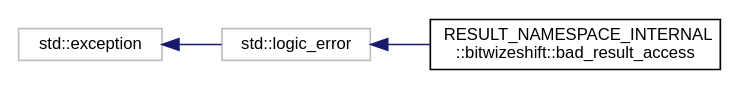
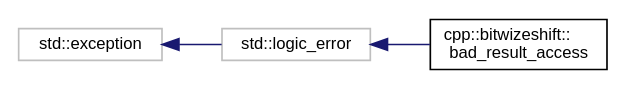
One commit to bitwizeshift/result changed the diagram in api/latest/inherit_graph_0.dot. Above: the diagram before and after it, drawn with Graphviz. The commit also changed 309 other files, not shown here.

```diff
--- a/api/latest/inherit_graph_0.dot
+++ b/api/latest/inherit_graph_0.dot
@@ -1,11 +1,11 @@
 digraph "Graphical Class Hierarchy"
 {
   edge [fontname="Helvetica",fontsize="10",labelfontname="Helvetica",labelfontsize="10"];
   node [fontname="Helvetica",fontsize="10",shape=record];
   rankdir="LR";
-  Node43 [label="std::exception",height=0.2,width=0.4,color="grey75", fillcolor="white", style="filled",tooltip="STL class. "];
-  Node43 -> Node44 [dir="back",color="midnightblue",fontsize="10",style="solid",fontname="Helvetica"];
-  Node44 [label="std::logic_error",height=0.2,width=0.4,color="grey75", fillcolor="white", style="filled",tooltip="STL class. "];
-  Node44 -> Node0 [dir="back",color="midnightblue",fontsize="10",style="solid",fontname="Helvetica"];
-  Node0 [label="RESULT_NAMESPACE_INTERNAL\l::bitwizeshift::bad_result_access",height=0.2,width=0.4,color="black", fillcolor="white", style="filled",URL="$dc/ddd/class_r_e_s_u_l_t___n_a_m_e_s_p_a_c_e___i_n_t_e_r_n_a_l_1_1bitwizeshift_1_1bad__result__access.html",tooltip="An exception thrown when result::value is accessed without a contained value. "];
+  Node13 [label="std::exception",height=0.2,width=0.4,color="grey75", fillcolor="white", style="filled",tooltip="STL class. "];
+  Node13 -> Node14 [dir="back",color="midnightblue",fontsize="10",style="solid",fontname="Helvetica"];
+  Node14 [label="std::logic_error",height=0.2,width=0.4,color="grey75", fillcolor="white", style="filled",tooltip="STL class. "];
+  Node14 -> Node0 [dir="back",color="midnightblue",fontsize="10",style="solid",fontname="Helvetica"];
+  Node0 [label="cpp::bitwizeshift::\lbad_result_access",height=0.2,width=0.4,color="black", fillcolor="white", style="filled",URL="$de/dac/classcpp_1_1bitwizeshift_1_1bad__result__access.html",tooltip="An exception thrown when result::value is accessed without a contained value. "];
 }
```
